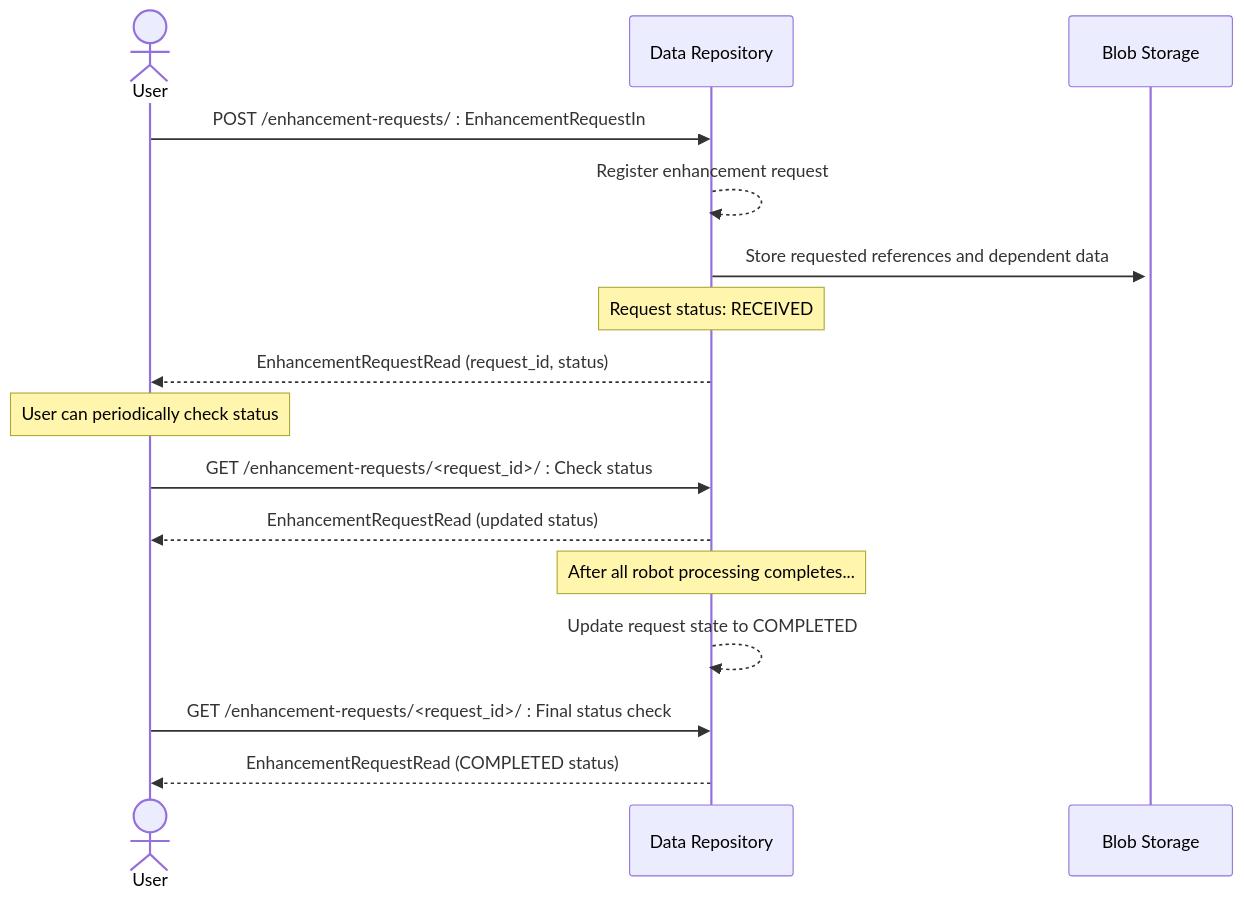
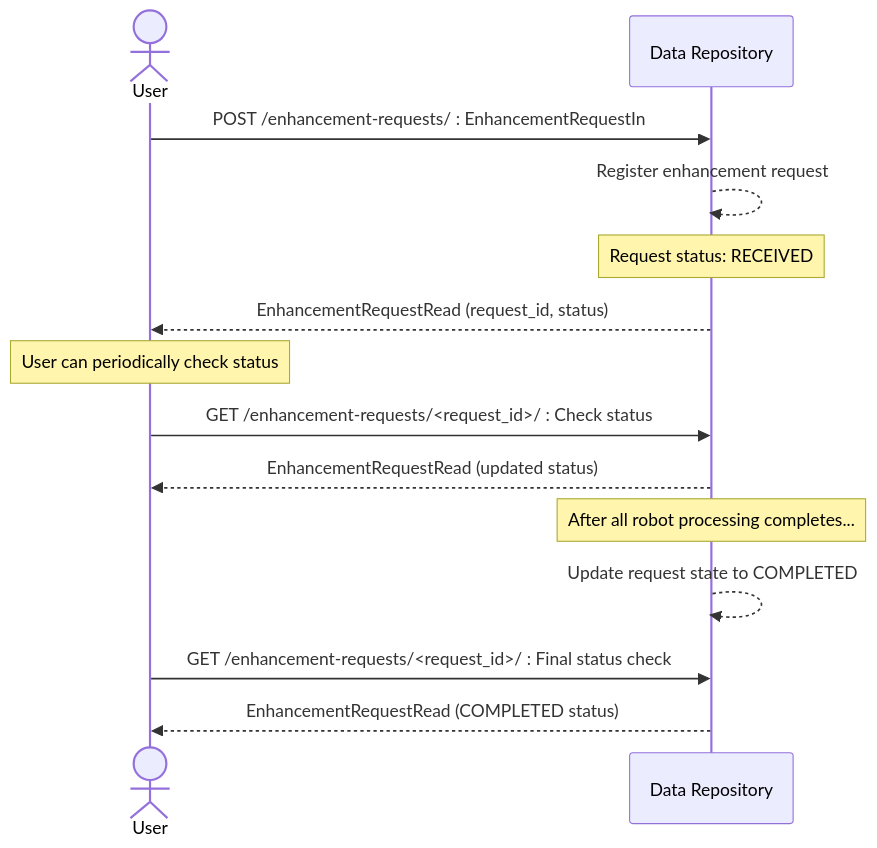
One commit to destiny-evidence/destiny-repository changed the first of 2 diagrams in docs/procedures/requesting-batch-enhancements.rst. Above: the diagram before and after it, drawn with Mermaid. The commit also changed other lines of this file and 1 other file, not shown here.

```diff
--- a/docs/procedures/requesting-batch-enhancements.rst
+++ b/docs/procedures/requesting-batch-enhancements.rst
@@ -29,17 +29,16 @@
 .. mermaid::
 
     sequenceDiagram
         actor User
         participant Data Repository
         User->>Data Repository: POST /enhancement-requests/ : EnhancementRequestIn
         Data Repository-->>Data Repository: Register enhancement request
-        Data Repository->>+Blob Storage: Store requested references and dependent data
         Note over Data Repository: Request status: RECEIVED
         Data Repository-->>User: EnhancementRequestRead (request_id, status)
         Note over User: User can periodically check status
         User->>Data Repository: GET /enhancement-requests/<request_id>/ : Check status
         Data Repository-->>User: EnhancementRequestRead (updated status)
         Note over Data Repository: After all robot processing completes...
         Data Repository-->>Data Repository: Update request state to COMPLETED
         User->>Data Repository: GET /enhancement-requests/<request_id>/ : Final status check
         Data Repository-->>User: EnhancementRequestRead (COMPLETED status)
```
